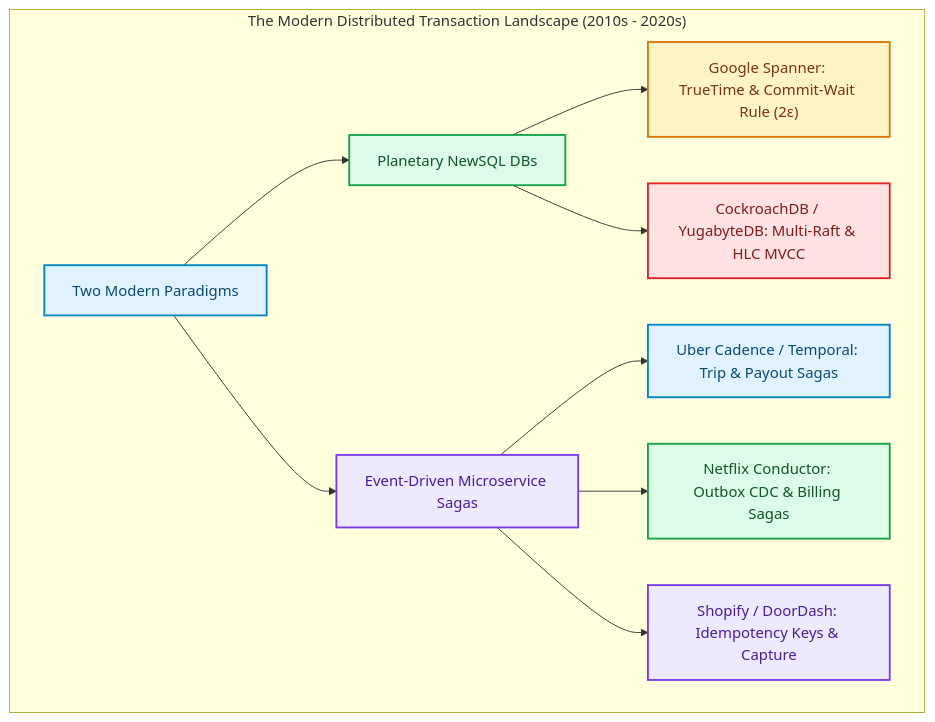
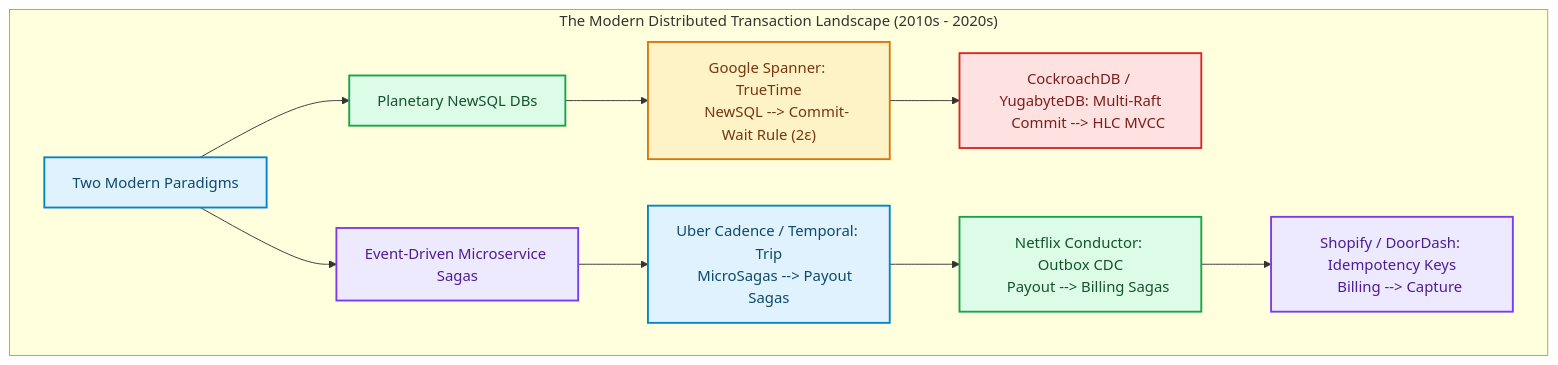
The first of 4 diagrams in blog/posts/distributed-transactions-evolution-present-truetime-multi-raft-sagas-uber-netflix.md (akmalkhaniub/akmalkhaniub.github.io), drawn with Mermaid before and after one commit. The commit also changed other lines of this file and 894 other files, not shown here.

Commit message:
feat(blog): upgrade all 444 posts with unique staggered dates, 2-col Mermaid spines, benchmark tables, code blocks, and trade-offs

````diff
--- a/blog/posts/distributed-transactions-evolution-present-truetime-multi-raft-sagas-uber-netflix.md
+++ b/blog/posts/distributed-transactions-evolution-present-truetime-multi-raft-sagas-uber-netflix.md
@@ -10,25 +10,30 @@
 ```mermaid
 flowchart TD
   subgraph SG1_TheModernDistributed ["The Modern Distributed Transaction Landscape (2010s - 2020s)"]
     Direction["Two Modern Paradigms"] --> NewSQL["Planetary NewSQL DBs"]
     Direction --> MicroSagas["Event-Driven Microservice Sagas"]
     
-    NewSQL --> Spanner["Google Spanner: TrueTime & Commit-Wait Rule (2ε)"]
-    NewSQL --> Cockroach["CockroachDB / YugabyteDB: Multi-Raft & HLC MVCC"]
+    NewSQL --> Spanner["Google Spanner: TrueTime
+    NewSQL --> Commit-Wait Rule (2ε)"]
+    Spanner --> Cockroach["CockroachDB / YugabyteDB: Multi-Raft
+    Commit --> HLC MVCC"]
     
-    MicroSagas --> Uber["Uber Cadence / Temporal: Trip & Payout Sagas"]
-    MicroSagas --> Netflix["Netflix Conductor: Outbox CDC & Billing Sagas"]
-    MicroSagas --> Shopify["Shopify / DoorDash: Idempotency Keys & Capture"]
+    MicroSagas --> Uber["Uber Cadence / Temporal: Trip
+    MicroSagas --> Payout Sagas"]
+    Uber --> Netflix["Netflix Conductor: Outbox CDC
+    Payout --> Billing Sagas"]
+    Netflix --> Shopify["Shopify / DoorDash: Idempotency Keys
+    Billing --> Capture"]
   end
 
 classDef green fill:#dcfce7,stroke:#16a34a,stroke-width:2px,color:#14532d;
 classDef red fill:#fee2e2,stroke:#dc2626,stroke-width:2px,color:#7f1d1d;
 classDef blue fill:#e0f2fe,stroke:#0284c7,stroke-width:2px,color:#0c4a6e;
 classDef yellow fill:#fef3c7,stroke:#d97706,stroke-width:2px,color:#78350f;
 classDef purple fill:#ede9fe,stroke:#7c3aed,stroke-width:2px,color:#4c1d95;
 class Direction,Uber blue
 class NewSQL,Netflix green
 class MicroSagas,Shopify purple
 class Spanner yellow
 class Cockroach red
 ```
````
